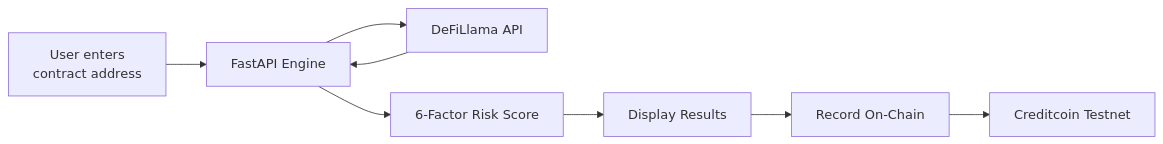
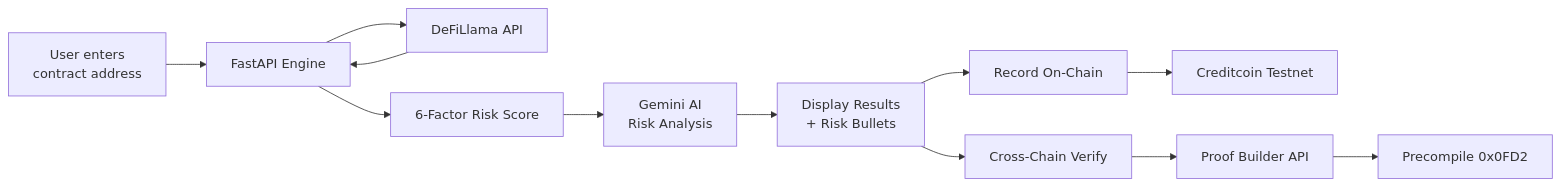
The diagram in README.md (fedorov17808-svg/hakatons), drawn with Mermaid before and after one commit. The commit also changed other lines of this file and 1 other file, not shown here.

First line of the commit message:
feat: major quality upgrade - AI risks, 4-step flow, updated README

````diff
--- a/README.md
+++ b/README.md
@@ -151,10 +152,14 @@
 ```mermaid
 graph LR
   A[User enters<br>contract address] --> B[FastAPI Engine]
   B --> C[DeFiLlama API]
   C --> B
   B --> D[6-Factor Risk Score]
-  D --> E[Display Results]
+  D --> AI[Gemini AI<br>Risk Analysis]
+  AI --> E[Display Results<br>+ Risk Bullets]
   E --> F[Record On-Chain]
   F --> G[Creditcoin Testnet]
+  E --> H[Cross-Chain Verify]
+  H --> I[Proof Builder API]
+  I --> J[Precompile 0x0FD2]
 ```
````
